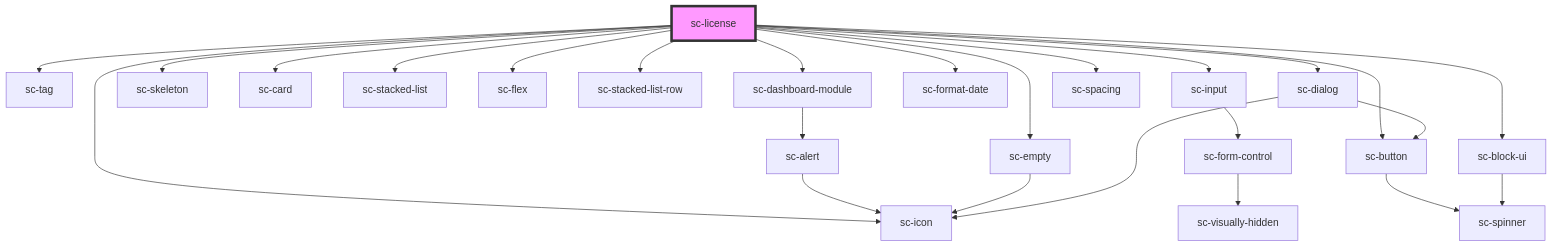
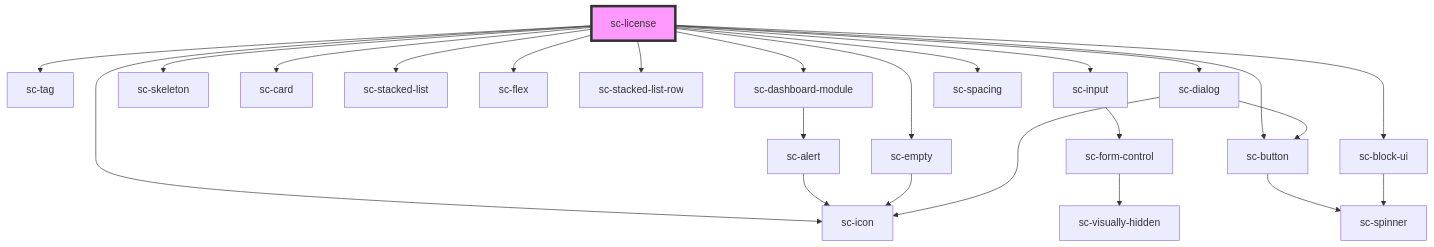
Before and after one commit to surecart/surecart-wp-plugin: the diagram in packages/components/src/components/controllers/dashboard/sc-license/readme.md, drawn with Mermaid. The commit also changed other lines of this file and 52 other files, not shown here.

````diff
--- a/packages/components/src/components/controllers/dashboard/sc-license/readme.md
+++ b/packages/components/src/components/controllers/dashboard/sc-license/readme.md
@@ -36,28 +35,27 @@
 ```mermaid
 graph TD;
   sc-license --> sc-tag
   sc-license --> sc-dashboard-module
   sc-license --> sc-skeleton
   sc-license --> sc-card
   sc-license --> sc-stacked-list
   sc-license --> sc-flex
   sc-license --> sc-empty
   sc-license --> sc-stacked-list-row
   sc-license --> sc-input
   sc-license --> sc-button
-  sc-license --> sc-format-date
   sc-license --> sc-block-ui
   sc-license --> sc-dialog
   sc-license --> sc-icon
   sc-license --> sc-spacing
   sc-dashboard-module --> sc-alert
   sc-alert --> sc-icon
   sc-empty --> sc-icon
   sc-input --> sc-form-control
   sc-form-control --> sc-visually-hidden
   sc-button --> sc-spinner
   sc-block-ui --> sc-spinner
   sc-dialog --> sc-button
   sc-dialog --> sc-icon
   style sc-license fill:#f9f,stroke:#333,stroke-width:4px
 ```
````
